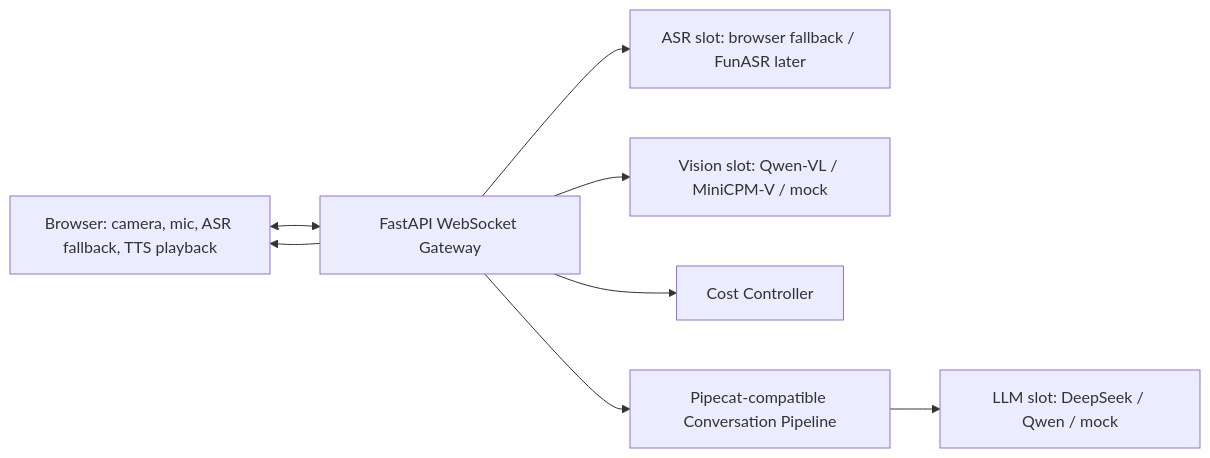
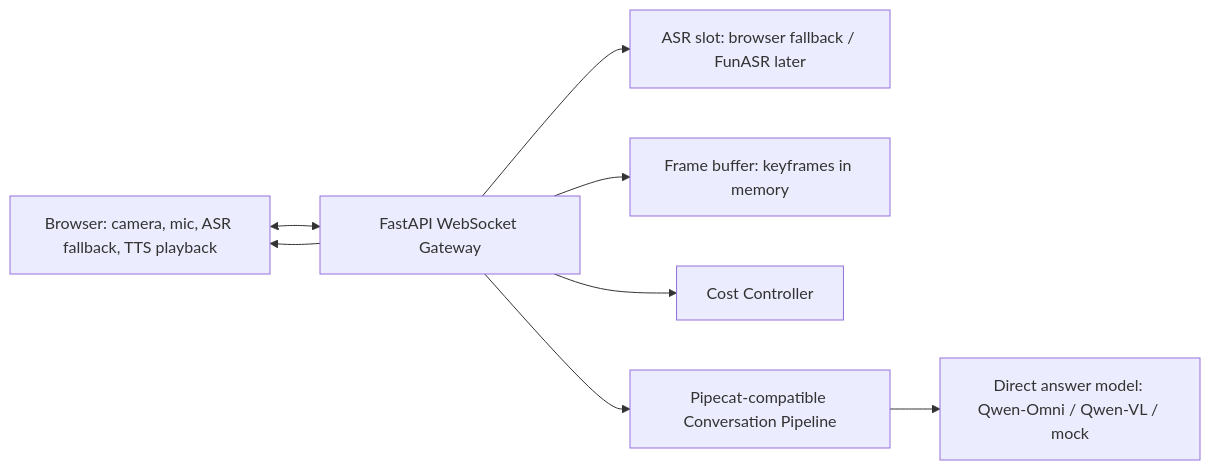
One commit to tollisdona/multimedia-ai changed the diagram in docs/design.md. Above: the diagram before and after it, drawn with Mermaid. The commit also changed other lines of this file and 12 other files, not shown here.

````diff
--- a/docs/design.md
+++ b/docs/design.md
@@ -36,17 +36,17 @@
 ```mermaid
 flowchart LR
   Browser["Browser: camera, mic, ASR fallback, TTS playback"]
   Gateway["FastAPI WebSocket Gateway"]
   ASR["ASR slot: browser fallback / FunASR later"]
-  Vision["Vision slot: Qwen-VL / MiniCPM-V / mock"]
-  LLM["LLM slot: DeepSeek / Qwen / mock"]
+  Vision["Frame buffer: keyframes in memory"]
+  Model["Direct answer model: Qwen-Omni / Qwen-VL / mock"]
   Cost["Cost Controller"]
 
   Browser <--> Gateway
   Gateway --> ASR
   Gateway --> Vision
   Gateway --> Pipe["Pipecat-compatible Conversation Pipeline"]
-  Pipe --> LLM
+  Pipe --> Model
   Gateway --> Cost
   Gateway --> Browser
 ```
````
